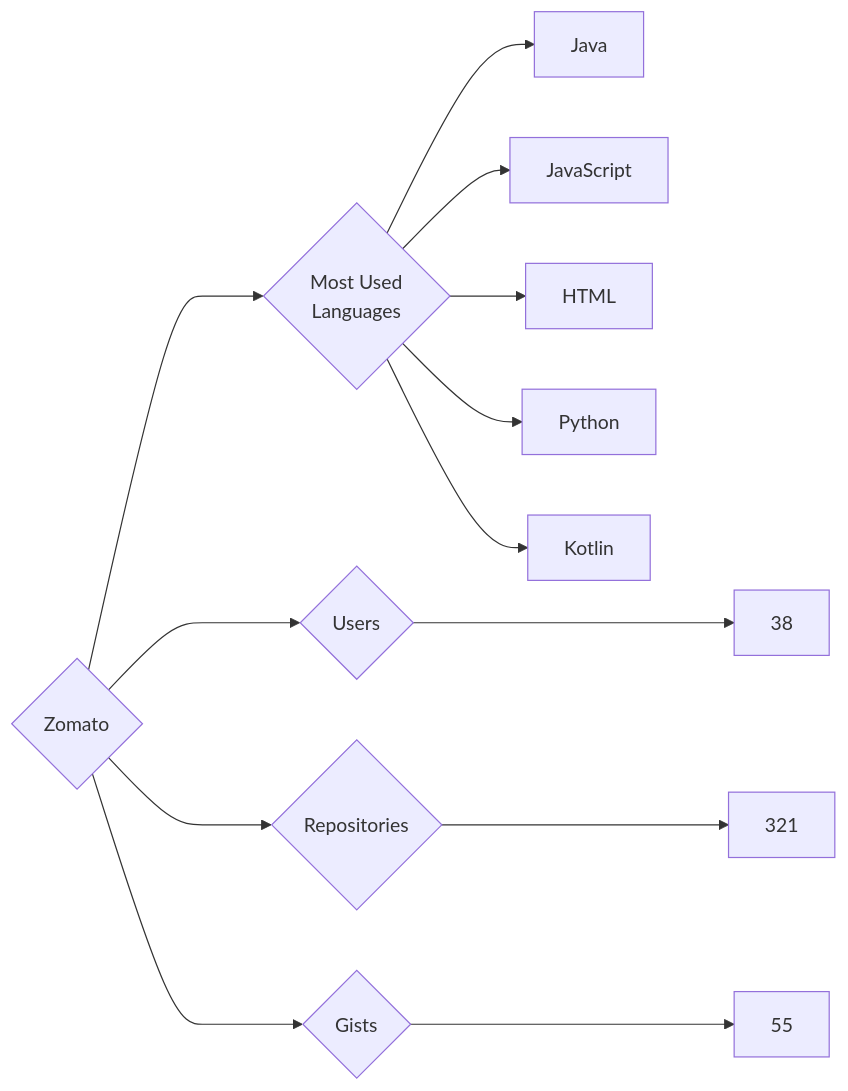
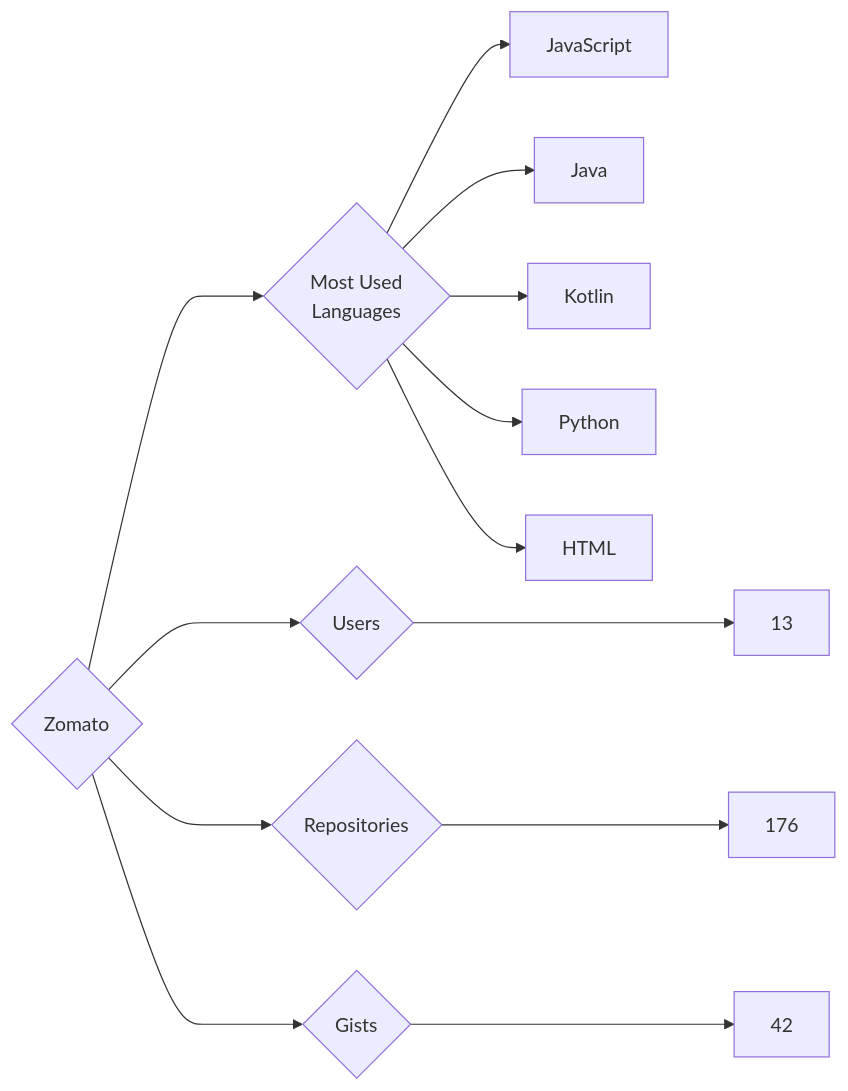
Before and after one commit to trickest/insiders: the diagram in targets/Zomato/README.md, drawn with Mermaid. The commit also changed 860 other files, not shown here.

````diff
--- a/targets/Zomato/README.md
+++ b/targets/Zomato/README.md
@@ -3,13 +3,13 @@
 ```mermaid
 graph LR
 COMPANY_NAME{Zomato}
-COMPANY_NAME ---> U{Users} ---> UN[38]
-COMPANY_NAME ---> R{Repositories} ---> RN[321]
-COMPANY_NAME ---> G{Gists} ---> GN[55]
+COMPANY_NAME ---> U{Users} ---> UN[13]
+COMPANY_NAME ---> R{Repositories} ---> RN[176]
+COMPANY_NAME ---> G{Gists} ---> GN[42]
 COMPANY_NAME ---> ML{Most Used<br>Languages}
+ML --> JavaScript[JavaScript]
 ML --> Java[Java]
-ML --> JavaScript[JavaScript]
+ML --> Kotlin[Kotlin]
+ML --> Python[Python]
 ML --> HTML[HTML]
-ML --> Python[Python]
-ML --> Kotlin[Kotlin]
 ```
````
